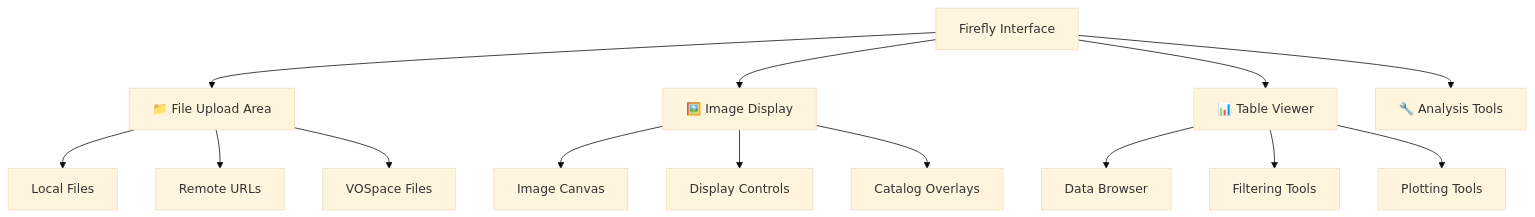
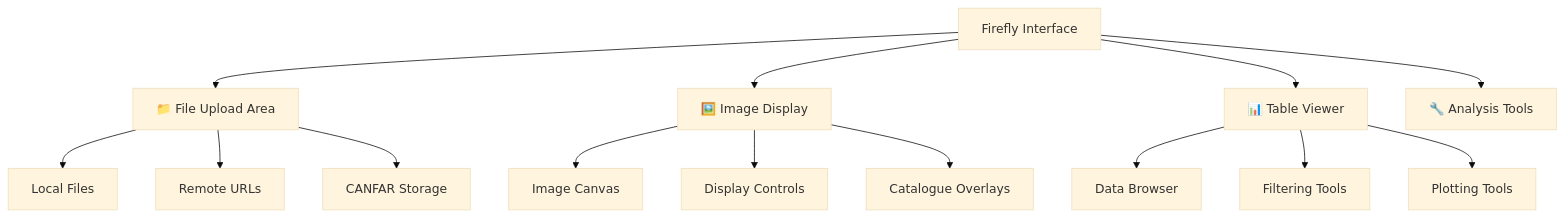
Before and after one commit to opencadc/canfar: the diagram in docs/platform/sessions/firefly.md, drawn with Mermaid (base theme). The commit also changed other lines of this file and 33 other files, not shown here.

````diff
--- a/docs/platform/sessions/firefly.md
+++ b/docs/platform/sessions/firefly.md
@@ -99,20 +108,20 @@
 ```mermaid
 graph TD
     Interface[Firefly Interface]
     Interface --> Upload["📁 File Upload Area"]
     Interface --> Images["🖼️ Image Display"]
     Interface --> Tables["📊 Table Viewer"]
     Interface --> Tools["🔧 Analysis Tools"]
     
     Upload --> Local[Local Files]
     Upload --> URLs[Remote URLs]
-    Upload --> VOSpace[VOSpace Files]
+    Upload --> Storage[CANFAR Storage]
     
     Images --> Display[Image Canvas]
     Images --> Controls[Display Controls]
-    Images --> Overlays[Catalog Overlays]
+    Images --> Overlays[Catalogue Overlays]
     
     Tables --> Browse[Data Browser]
     Tables --> Filter[Filtering Tools]
     Tables --> Plot[Plotting Tools]
 ```
````
